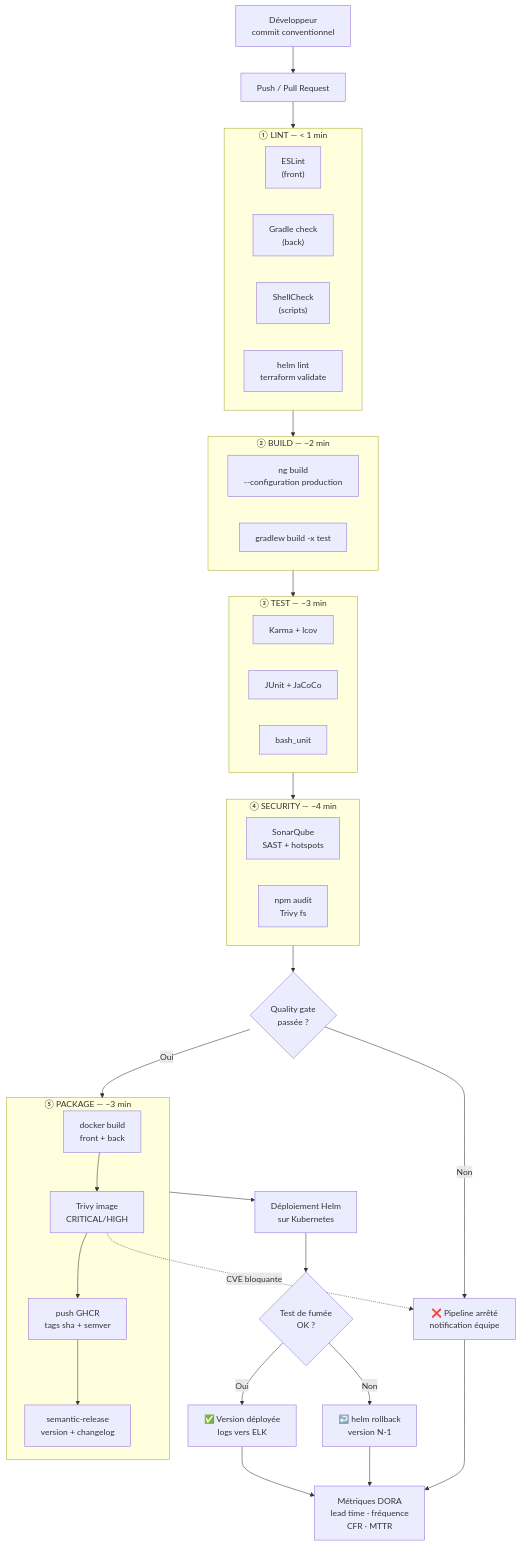
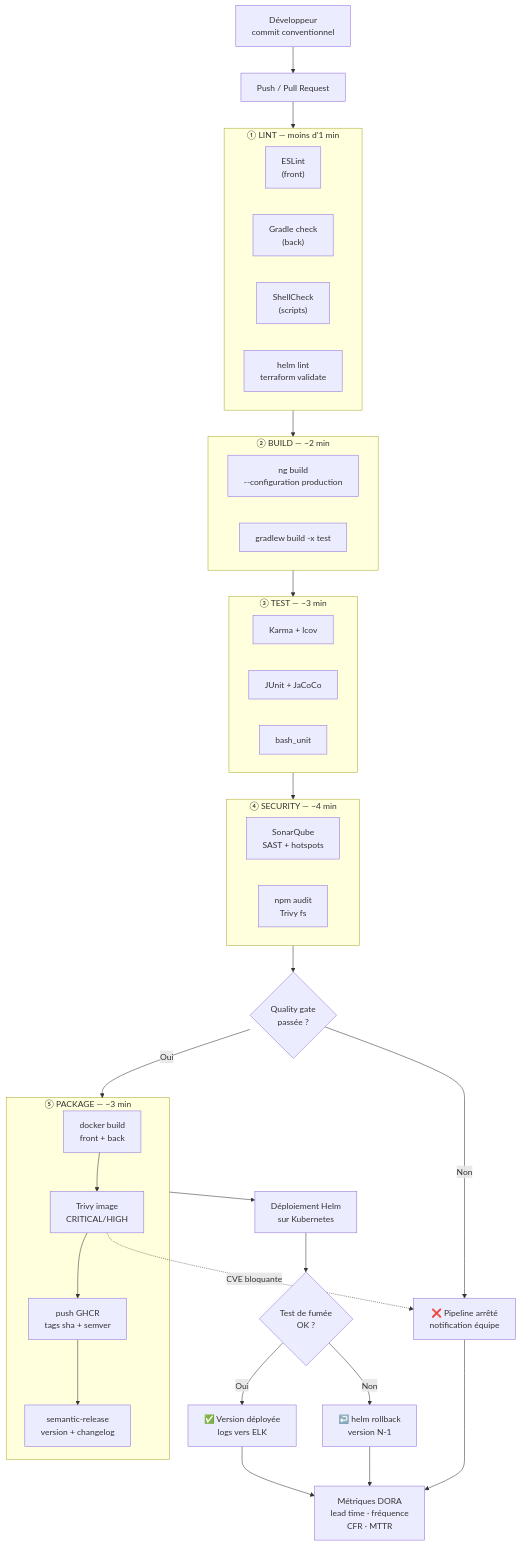
Before and after one commit to Jihatech/oc-devops-p6-orion: the first of 2 diagrams in docs/03-normalisation-plan-ci.md, drawn with Mermaid.

Commit message:
fix(docs): corriger un libellé Mermaid empêchant le rendu du schéma de workflow

````diff
--- a/docs/03-normalisation-plan-ci.md
+++ b/docs/03-normalisation-plan-ci.md
@@ -274,58 +274,58 @@
 ```mermaid
 flowchart TD
     DEV["Développeur<br/>commit conventionnel"] --> PUSH["Push / Pull Request"]
 
     PUSH --> S1
 
-    subgraph S1["① LINT — < 1 min"]
+    subgraph S1["① LINT — moins d'1 min"]
         L1["ESLint<br/>(front)"]
         L2["Gradle check<br/>(back)"]
         L3["ShellCheck<br/>(scripts)"]
         L4["helm lint<br/>terraform validate"]
     end
 
     S1 --> S2
 
     subgraph S2["② BUILD — ~2 min"]
         B1["ng build<br/>--configuration production"]
         B2["gradlew build -x test"]
     end
 
     S2 --> S3
 
     subgraph S3["③ TEST — ~3 min"]
         T1["Karma + lcov"]
         T2["JUnit + JaCoCo"]
         T3["bash_unit"]
     end
 
     S3 --> S4
 
     subgraph S4["④ SECURITY — ~4 min"]
         Q1["SonarQube<br/>SAST + hotspots"]
         Q2["npm audit<br/>Trivy fs"]
     end
 
     S4 --> GATE{"Quality gate<br/>passée ?"}
     GATE -->|Non| FAIL["❌ Pipeline arrêté<br/>notification équipe"]
     GATE -->|Oui| S5
 
     subgraph S5["⑤ PACKAGE — ~3 min"]
         P1["docker build<br/>front + back"]
         P2["Trivy image<br/>CRITICAL/HIGH"]
         P3["push GHCR<br/>tags sha + semver"]
         P4["semantic-release<br/>version + changelog"]
         P1 --> P2 --> P3 --> P4
     end
 
     P2 -.->|CVE bloquante| FAIL
 
     S5 --> CD["Déploiement Helm<br/>sur Kubernetes"]
     CD --> SMOKE{"Test de fumée<br/>OK ?"}
     SMOKE -->|Oui| OK["✅ Version déployée<br/>logs vers ELK"]
     SMOKE -->|Non| RB["↩️ helm rollback<br/>version N-1"]
 
     OK --> DORA["Métriques DORA<br/>lead time · fréquence<br/>CFR · MTTR"]
     RB --> DORA
     FAIL --> DORA
 ```
````
